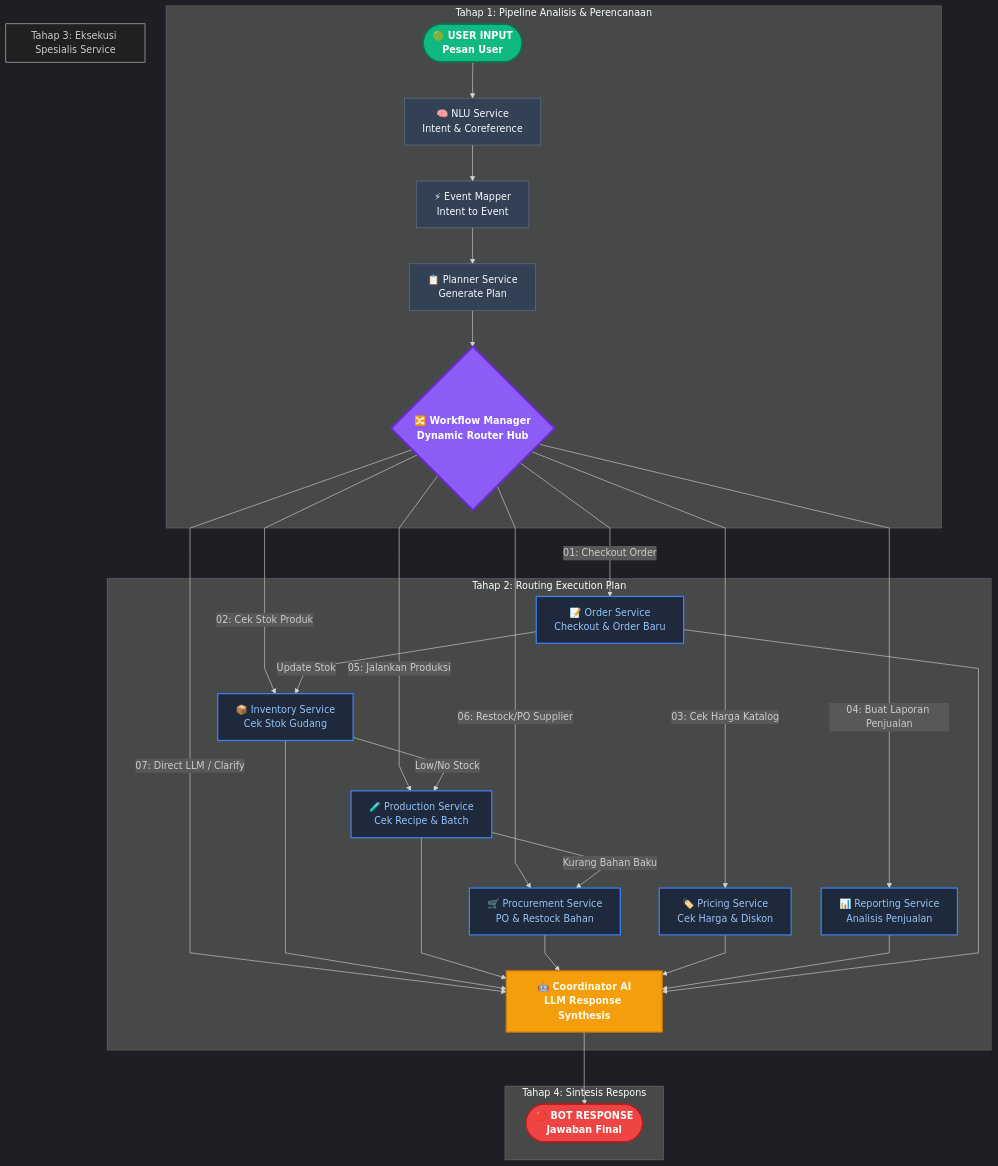
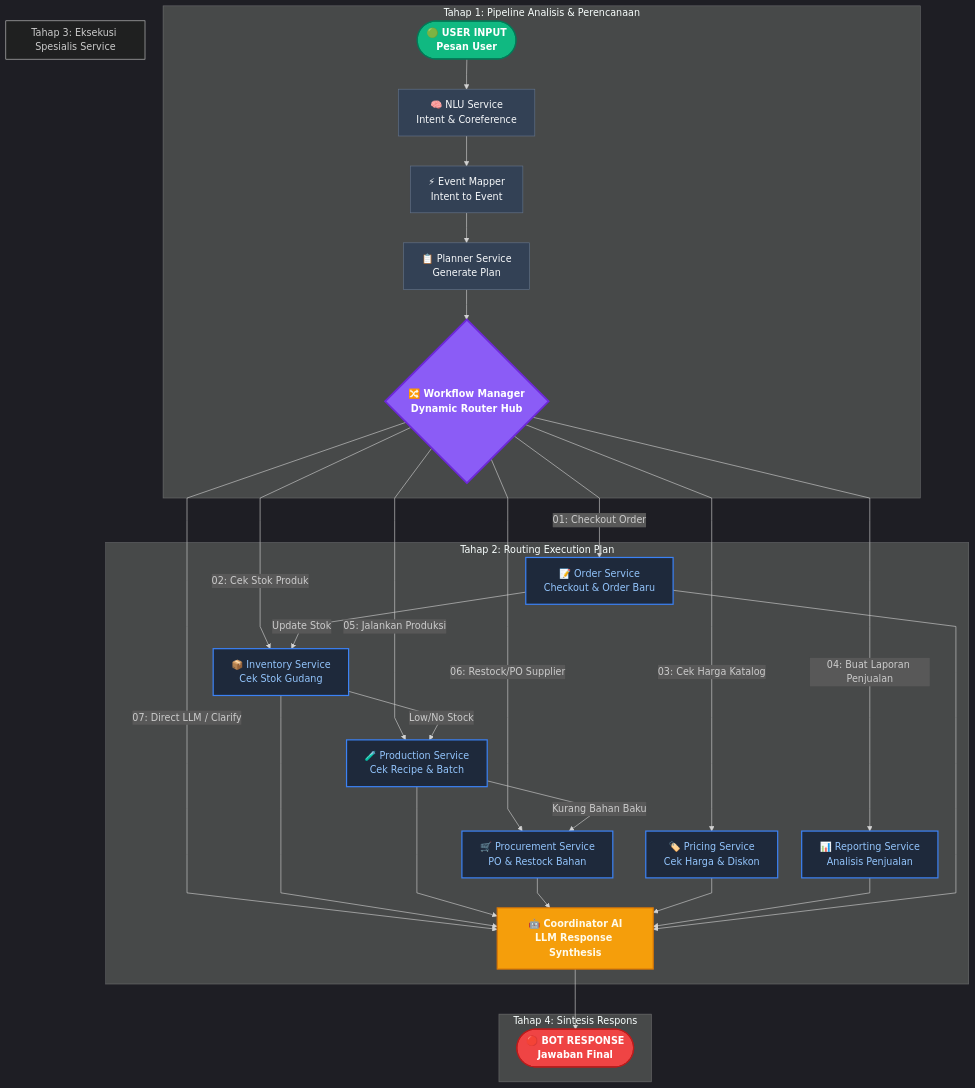
One commit to hafidz-ar/multi-agent-ai-enterprise changed the diagram in docs/workflow_graph_clean.mmd. Above: the diagram before and after it, drawn with Mermaid. The commit also changed 5 other files, not shown here.

Commit message:
Remove PNG graph export and fix responsive Mermaid SVG layout in workflow HTML

```diff
--- a/docs/workflow_graph_clean.mmd
+++ b/docs/workflow_graph_clean.mmd
@@ -1,78 +1,78 @@
 ---
 config:
   theme: dark
   flowchart:
     curve: linear
-    nodeSpacing: 50
-    rankSpacing: 60
+    nodeSpacing: 40
+    rankSpacing: 50
 ---
 flowchart TD
     %% Node Definitions
     START(["🟢 USER INPUT<br/>Pesan User"])
     NLU["🧠 NLU Service<br/>Intent & Coreference"]
     EM["⚡ Event Mapper<br/>Intent to Event"]
     PS["📋 Planner Service<br/>Generate Plan"]
     
     WM{"🔀 Workflow Manager<br/>Dynamic Router Hub"}
     
     INV["📦 Inventory Service<br/>Cek Stok Gudang"]
     PROD["🧪 Production Service<br/>Cek Recipe & Batch"]
     PROC["🛒 Procurement Service<br/>PO & Restock Bahan"]
     PRIC["🏷️ Pricing Service<br/>Cek Harga & Diskon"]
     REP["📊 Reporting Service<br/>Analisis Penjualan"]
     ORD["📝 Order Service<br/>Checkout & Order Baru"]
     
     COORD["🤖 Coordinator AI<br/>LLM Response Synthesis"]
     END_NODE(["🔴 BOT RESPONSE<br/>Jawaban Final"])
 
     %% 1. Ingestion Pipeline
     subgraph Stage1 ["Tahap 1: Pipeline Analisis & Perencanaan"]
         START --> NLU
         NLU --> EM
         EM --> PS
         PS --> WM
     end
 
     %% 2. Executive Routing (FSM)
     subgraph Stage2 ["Tahap 2: Routing Execution Plan"]
         WM -- "01: Checkout Order" --> ORD
         WM -- "02: Cek Stok Produk" --> INV
         WM -- "03: Cek Harga Katalog" --> PRIC
         WM -- "04: Buat Laporan Penjualan" --> REP
         WM -- "05: Jalankan Produksi" --> PROD
         WM -- "06: Restock/PO Supplier" --> PROC
         WM -- "07: Direct LLM / Clarify" --> COORD
     end
 
     %% 3. Service Interactions & Cross-Service Dependencies
     subgraph Stage3 ["Tahap 3: Eksekusi Spesialis Service"]
         INV -- "Low/No Stock" --> PROD
         PROD -- "Kurang Bahan Baku" --> PROC
         ORD -- "Update Stok" --> INV
     end
 
     %% 4. Response Synthesis Pipeline
     subgraph Stage4 ["Tahap 4: Sintesis Respons"]
         INV --> COORD
         PROD --> COORD
         PROC --> COORD
         PRIC --> COORD
         REP --> COORD
         ORD --> COORD
         COORD --> END_NODE
     end
 
     %% Styling Nodes
     classDef startNode fill:#10B981,stroke:#047857,stroke-width:2px,color:#fff,font-weight:bold;
     classDef endNode fill:#EF4444,stroke:#B91C1C,stroke-width:2px,color:#fff,font-weight:bold;
     classDef router fill:#8B5CF6,stroke:#6D28D9,stroke-width:3px,color:#fff,font-weight:bold;
     classDef service fill:#1E293B,stroke:#3B82F6,stroke-width:2px,color:#93C5FD;
     classDef llm fill:#F59E0B,stroke:#D97706,stroke-width:2px,color:#FFFBEB,font-weight:bold;
     classDef ingester fill:#334155,stroke:#64748B,stroke-width:1px,color:#F8FAFC;
 
     class START startNode;
     class END_NODE endNode;
     class WM router;
     class NLU,EM,PS ingester;
     class INV,PROD,PROC,PRIC,REP,ORD service;
     class COORD llm;
```
